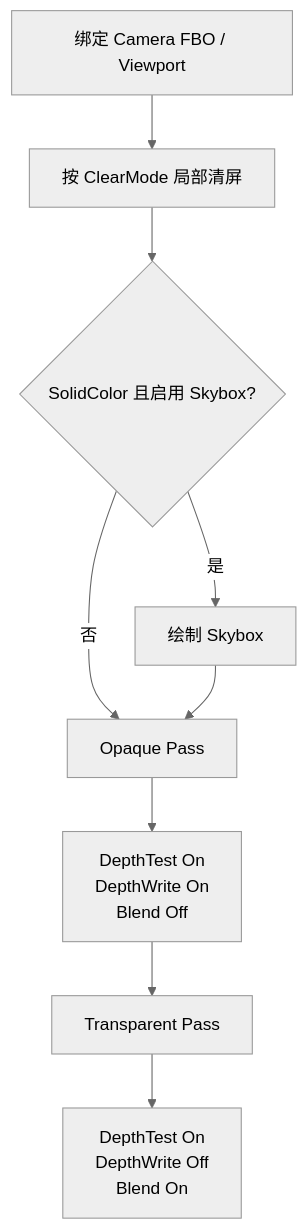
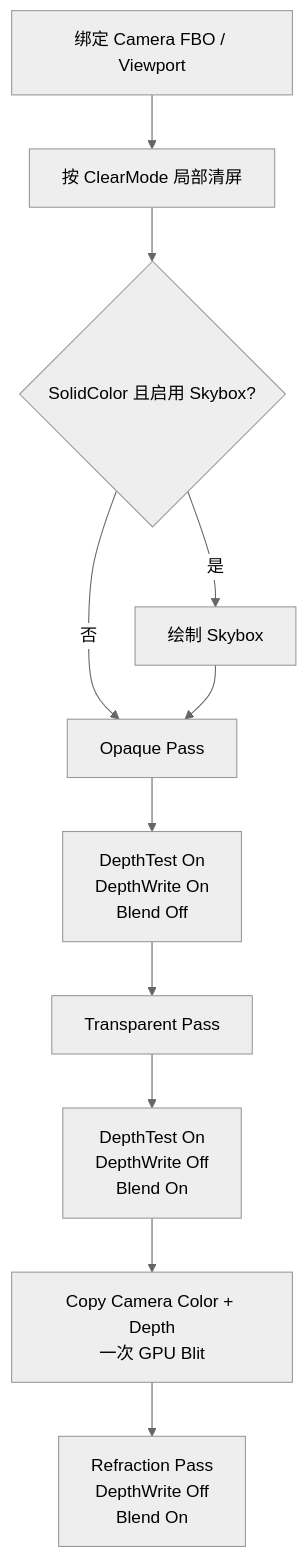
The third of 3 diagrams in Docs/RenderingPipeline.md (REW-Z/orbeden), drawn with Mermaid (neutral theme) before and after one commit. The commit also changed other lines of this file and 20 other files, not shown here.

Commit message:
dev:camera depth/color texture and refraction pass.

````diff
--- a/Docs/RenderingPipeline.md
+++ b/Docs/RenderingPipeline.md
@@ -92,11 +101,13 @@
 ```mermaid
 flowchart TD
     A["绑定 Camera FBO / Viewport"] --> B["按 ClearMode 局部清屏"]
     B --> C{"SolidColor 且启用 Skybox?"}
     C -- 是 --> D["绘制 Skybox"]
     C -- 否 --> E["Opaque Pass"]
     D --> E
     E --> F["DepthTest On\nDepthWrite On\nBlend Off"]
     F --> G["Transparent Pass"]
     G --> H["DepthTest On\nDepthWrite Off\nBlend On"]
+    H --> I["Copy Camera Color + Depth\n一次 GPU Blit"]
+    I --> J["Refraction Pass\nDepthWrite Off\nBlend On"]
 ```
````
